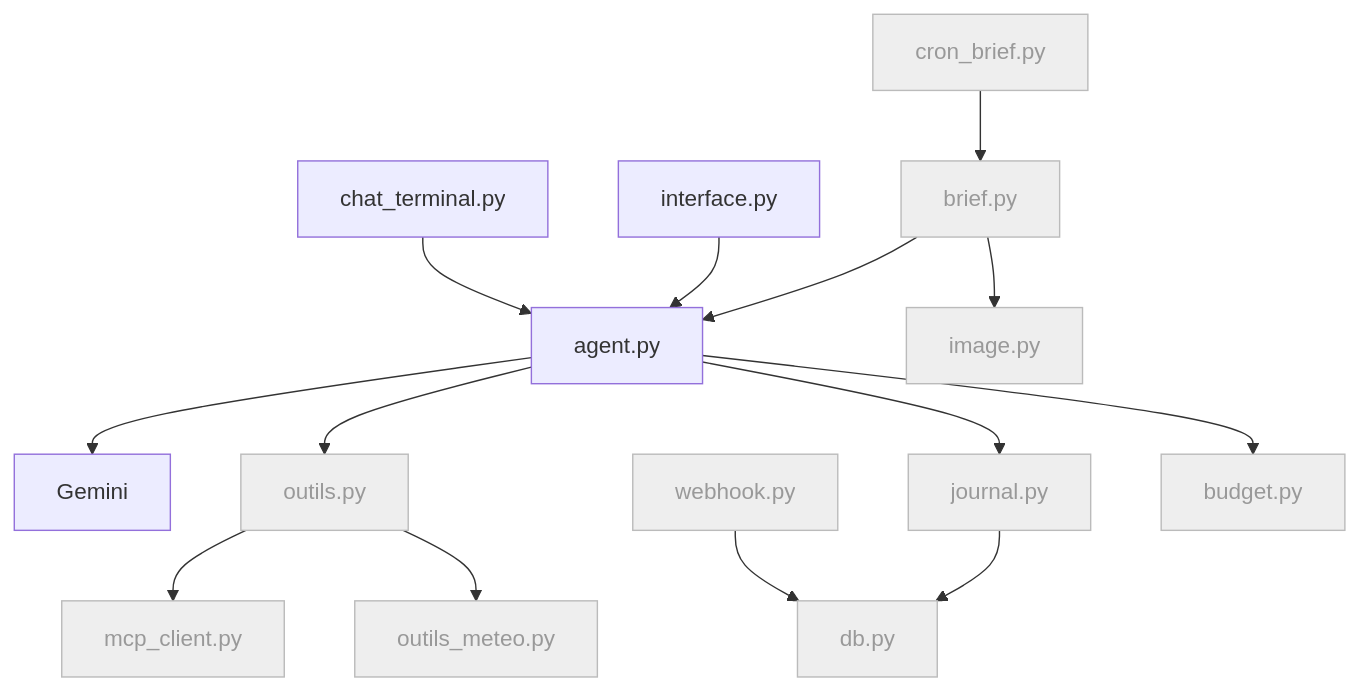
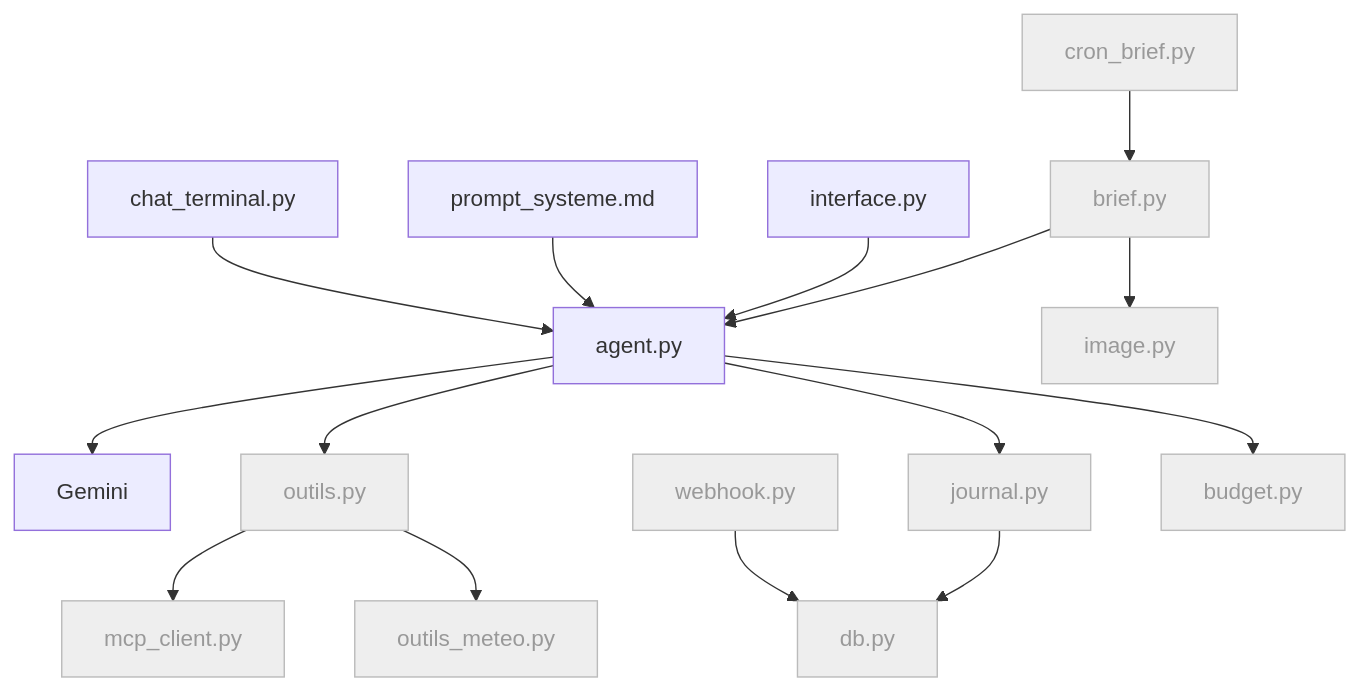
Diagram 14 of 38 in tuto-goodvibe-vibecoding.md (lecinquiemejour-code/goodvibe-tuto), drawn with Mermaid before and after one commit. The commit also changed other lines of this file and 1 other file, not shown here.

Commit message:
Prompt système dans un fichier Markdown, réglages du modèle, et ce qu'on envoie à chaque appel

````diff
--- a/tuto-goodvibe-vibecoding.md
+++ b/tuto-goodvibe-vibecoding.md
@@ -548,12 +587,13 @@
 ```mermaid
 flowchart TD
     CHAT["chat_terminal.py"] --> AG["agent.py"] --> GEM["Gemini"]
+    PS["prompt_systeme.md"] --> AG
     WEB["interface.py"] --> AG
     CRON["cron_brief.py"]:::todo --> BR["brief.py"]:::todo --> AG
     WH["webhook.py"]:::todo --> DB["db.py"]:::todo
     AG --> OUT["outils.py"]:::todo --> MCP["mcp_client.py"]:::todo & MET["outils_meteo.py"]:::todo
     BR --> IMG["image.py"]:::todo
     AG --> JR["journal.py"]:::todo --> DB
     AG --> BUD["budget.py"]:::todo
     classDef todo fill:#eee,stroke:#bbb,color:#999
 ```
````
